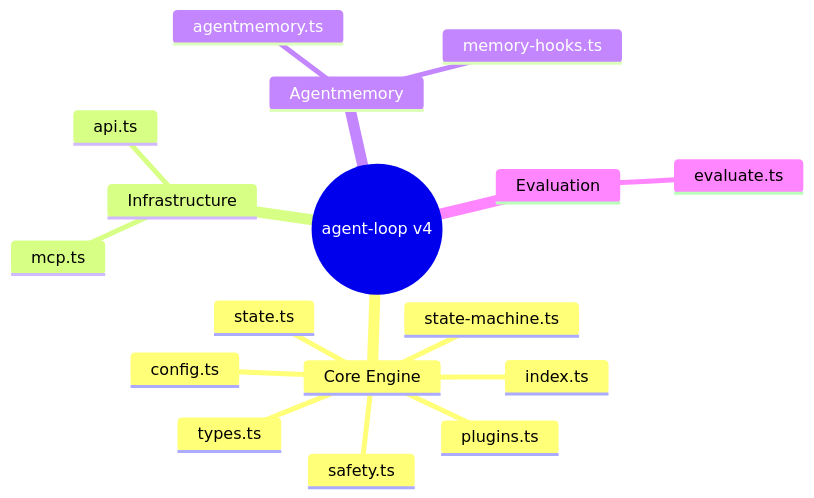
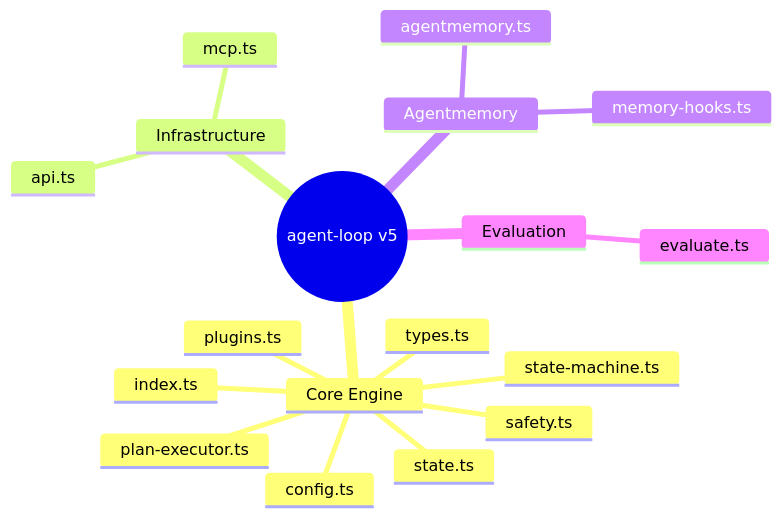
One commit to azizmaitig/Loop changed the diagram in CONTEXT.md. Above: the diagram before and after it, drawn with Mermaid. The commit also changed other lines of this file and 10 other files, not shown here.

````diff
--- a/CONTEXT.md
+++ b/CONTEXT.md
@@ -7,20 +7,21 @@
 ```mermaid
 mindmap
-  root((agent-loop v4))
+  root((agent-loop v5))
     Core Engine
       index.ts
       types.ts
       state-machine.ts
       state.ts
       safety.ts
       config.ts
       plugins.ts
+      plan-executor.ts
     Infrastructure
       mcp.ts
       api.ts
     Agentmemory
       agentmemory.ts
       memory-hooks.ts
     Evaluation
       evaluate.ts
 ```
````
